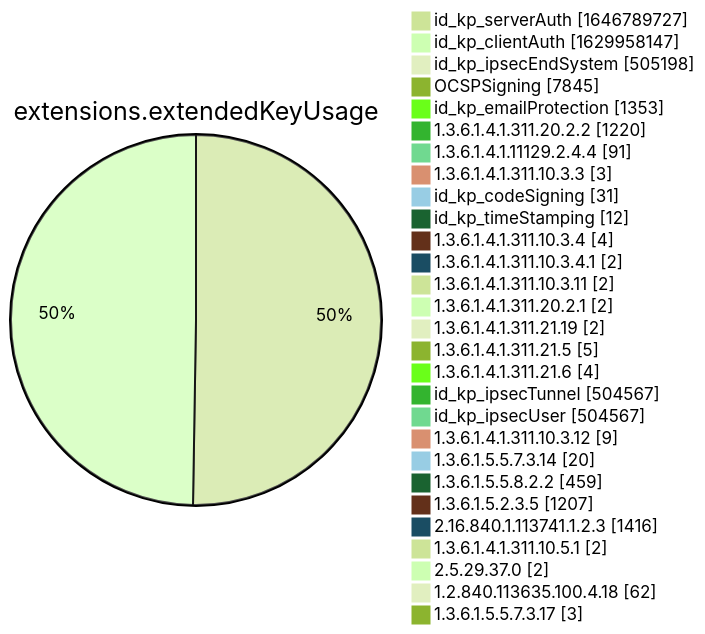
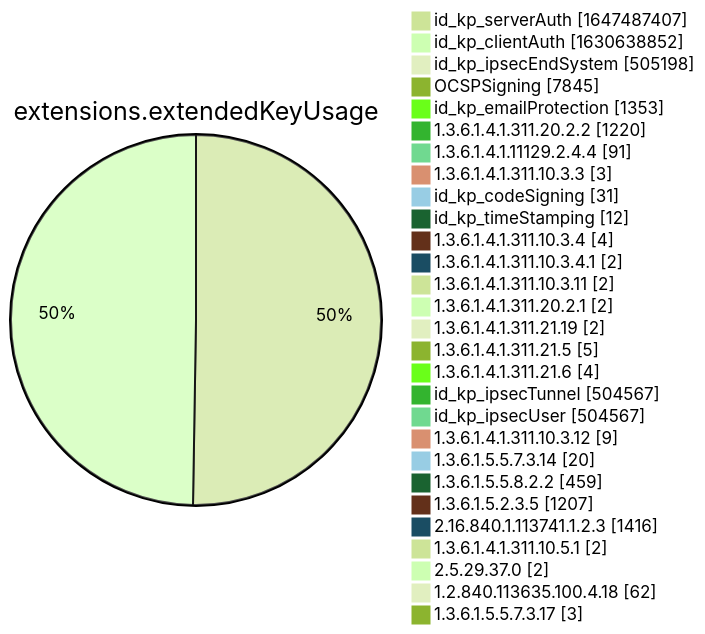
One commit to christiankrug/ctmonitor_visualization changed diagram 12 of 15 in xenon2022/README.md. Above: the diagram before and after it, drawn with Mermaid (forest theme). The commit also changed other lines of this file, not shown here.

````diff
--- a/xenon2022/README.md
+++ b/xenon2022/README.md
@@ -3886,32 +3886,32 @@
 ```mermaid
 pie showData
 title extensions.extendedKeyUsage
-"id_kp_serverAuth" :1646789727
-"id_kp_clientAuth" :1629958147
+"id_kp_serverAuth" :1647487407
+"id_kp_clientAuth" :1630638852
 "id_kp_ipsecEndSystem" :505198
 "OCSPSigning" :7845
 "id_kp_emailProtection" :1353
 "1.3.6.1.4.1.311.20.2.2" :1220
 "1.3.6.1.4.1.11129.2.4.4" :91
 "1.3.6.1.4.1.311.10.3.3" :3
 "id_kp_codeSigning" :31
 "id_kp_timeStamping" :12
 "1.3.6.1.4.1.311.10.3.4" :4
 "1.3.6.1.4.1.311.10.3.4.1" :2
 "1.3.6.1.4.1.311.10.3.11" :2
 "1.3.6.1.4.1.311.20.2.1" :2
 "1.3.6.1.4.1.311.21.19" :2
 "1.3.6.1.4.1.311.21.5" :5
 "1.3.6.1.4.1.311.21.6" :4
 "id_kp_ipsecTunnel" :504567
 "id_kp_ipsecUser" :504567
 "1.3.6.1.4.1.311.10.3.12" :9
 "1.3.6.1.5.5.7.3.14" :20
 "1.3.6.1.5.5.8.2.2" :459
 "1.3.6.1.5.2.3.5" :1207
 "2.16.840.1.113741.1.2.3" :1416
 "1.3.6.1.4.1.311.10.5.1" :2
 "2.5.29.37.0" :2
 "1.2.840.113635.100.4.18" :62
 "1.3.6.1.5.5.7.3.17" :3
 ```
````
